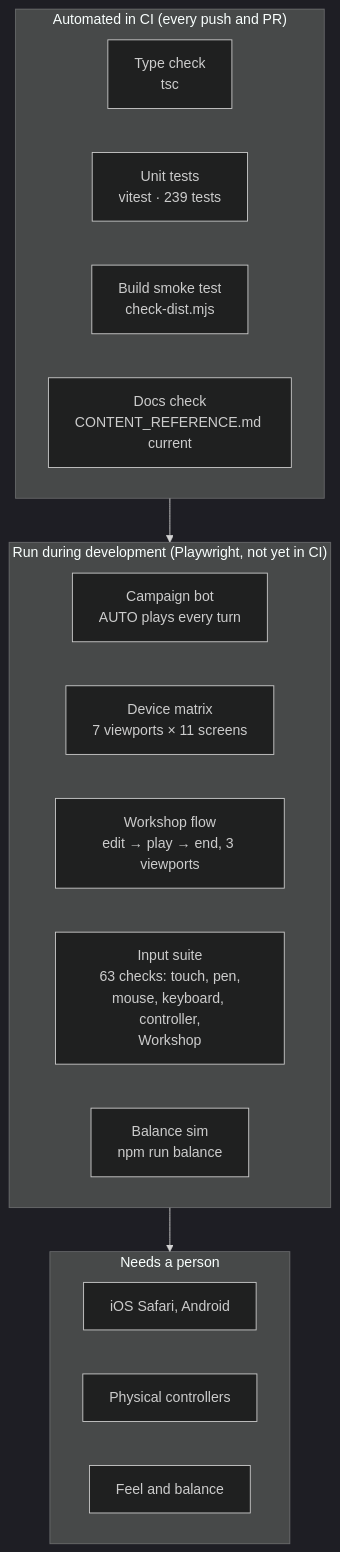
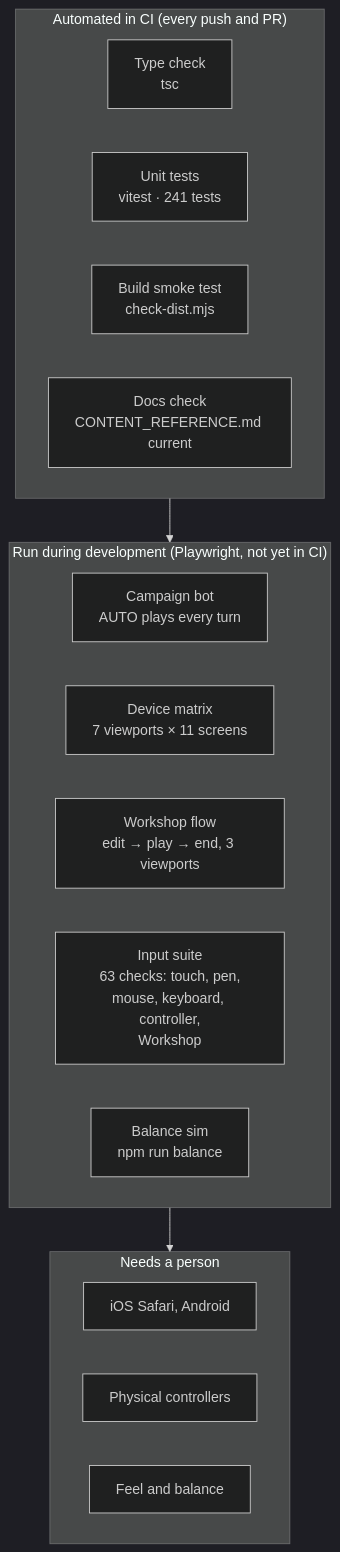
The diagram in docs/TESTING.md (CptNope/Chess-RPG-Tactics), drawn with Mermaid (dark theme) before and after one commit. The commit also changed other lines of this file and 16 other files, not shown here.

````diff
--- a/docs/TESTING.md
+++ b/docs/TESTING.md
@@ -9,22 +9,22 @@
 ```mermaid
 flowchart TB
     subgraph Auto["Automated in CI (every push and PR)"]
         T1["Type check<br/>tsc"]
-        T2["Unit tests<br/>vitest · 239 tests"]
+        T2["Unit tests<br/>vitest · 241 tests"]
         T3["Build smoke test<br/>check-dist.mjs"]
         T4["Docs check<br/>CONTENT_REFERENCE.md current"]
     end
     subgraph Dev["Run during development (Playwright, not yet in CI)"]
         P1["Campaign bot<br/>AUTO plays every turn"]
         P2["Device matrix<br/>7 viewports × 11 screens"]
         P4["Workshop flow<br/>edit → play → end, 3 viewports"]
         P3["Input suite<br/>63 checks: touch, pen,<br/>mouse, keyboard, controller,<br/>Workshop"]
         P5["Balance sim<br/>npm run balance"]
     end
     subgraph Human["Needs a person"]
         H1["iOS Safari, Android"]
         H2["Physical controllers"]
         H3["Feel and balance"]
     end
     Auto --> Dev --> Human
 ```
````
